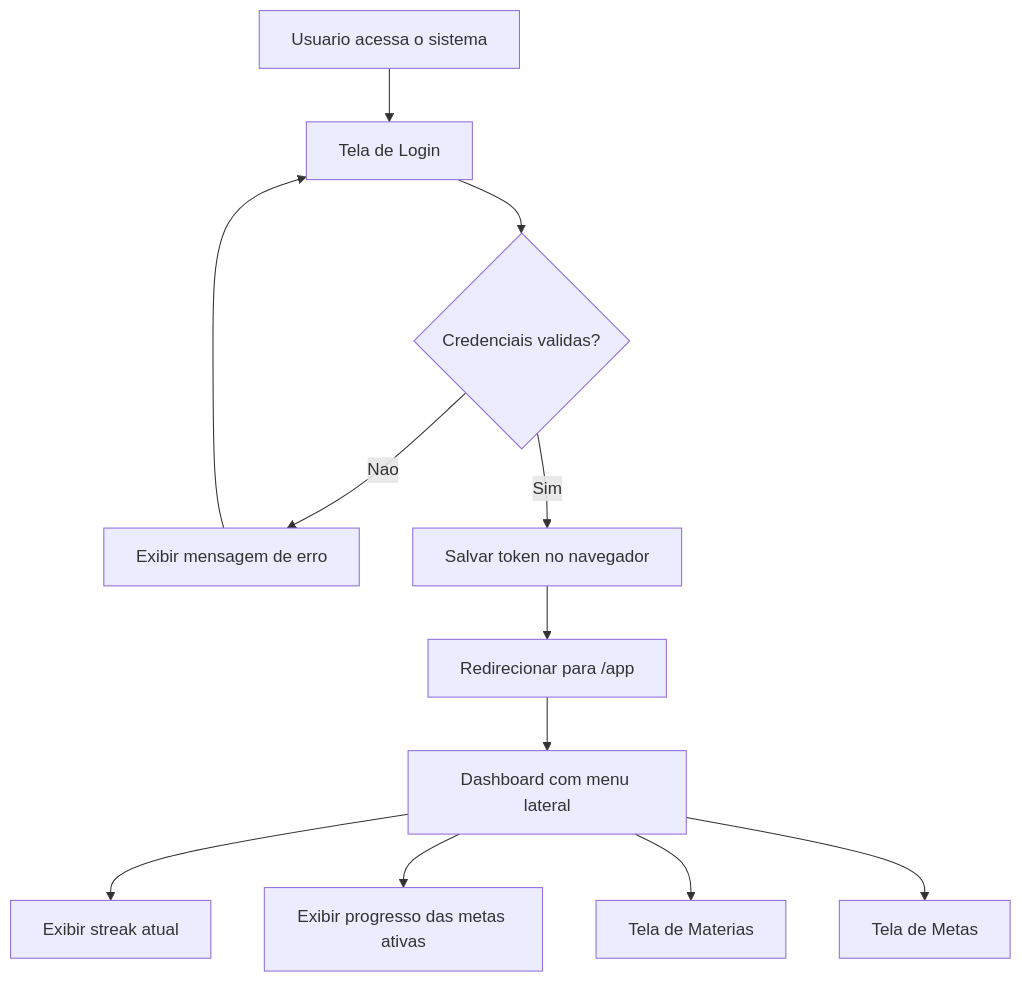
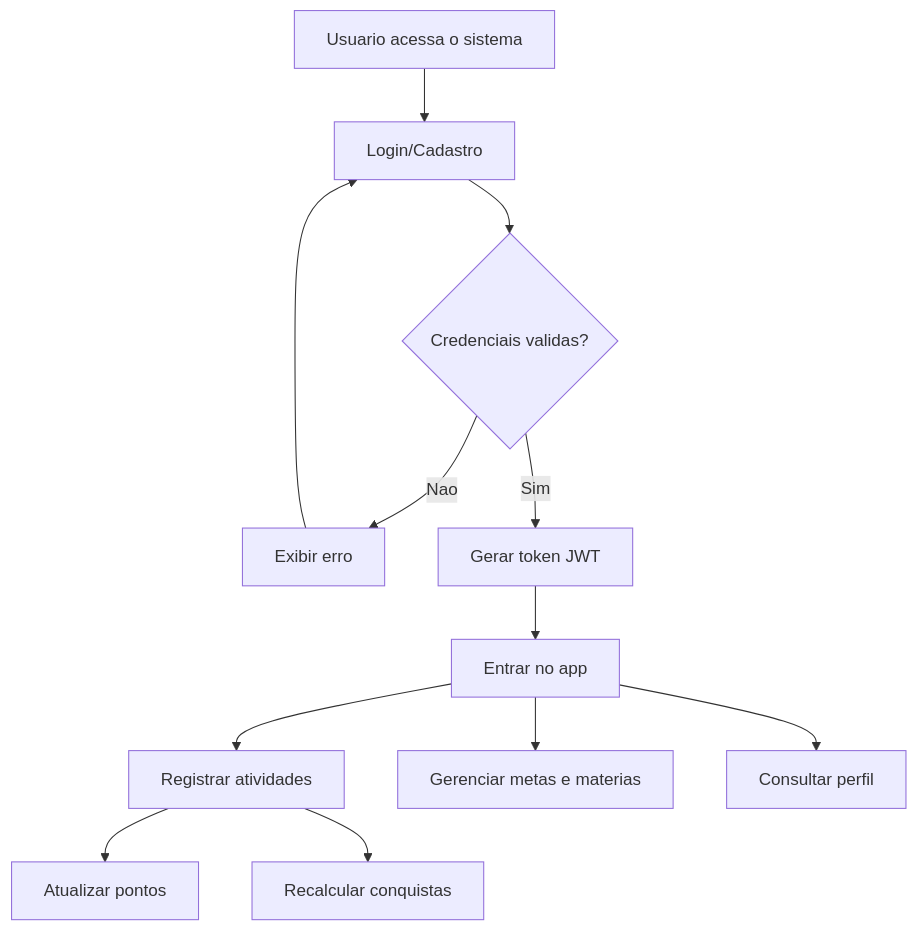
The first of 3 diagrams in docs/DIAGRAMAS_TELAS_USUARIO_FINAL.md (art4raujo0/xp-diario), drawn with Mermaid before and after one commit. The commit also changed other lines of this file and 15 other files, not shown here.

Commit message:
docs: atualizar artefatos e diagramas para conquistas e pontuação

````diff
--- a/docs/DIAGRAMAS_TELAS_USUARIO_FINAL.md
+++ b/docs/DIAGRAMAS_TELAS_USUARIO_FINAL.md
@@ -5,14 +5,14 @@
 ```mermaid
 flowchart TD
-    A[Usuario acessa o sistema] --> B[Tela de Login]
+    A[Usuario acessa o sistema] --> B[Login/Cadastro]
     B --> C{Credenciais validas?}
-    C -- Nao --> D[Exibir mensagem de erro]
+    C -- Nao --> D[Exibir erro]
     D --> B
-    C -- Sim --> E[Salvar token no navegador]
-    E --> F[Redirecionar para /app]
-    F --> G[Dashboard com menu lateral]
-    G --> H[Exibir streak atual]
-    G --> I[Exibir progresso das metas ativas]
-    G --> J[Tela de Materias]
-    G --> K[Tela de Metas]
+    C -- Sim --> E[Gerar token JWT]
+    E --> F[Entrar no app]
+    F --> G[Registrar atividades]
+    F --> H[Gerenciar metas e materias]
+    G --> I[Atualizar pontos]
+    G --> J[Recalcular conquistas]
+    F --> K[Consultar perfil]
 ```
````
